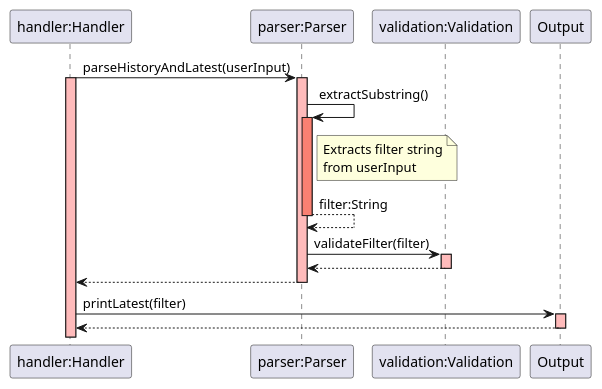
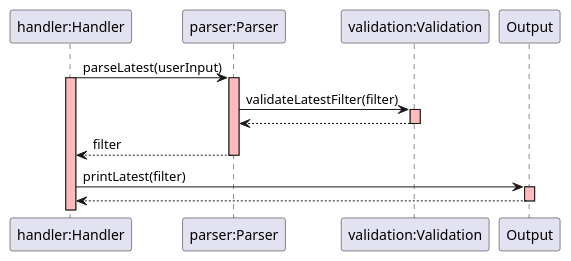
One commit to rouvinerh/tp changed the diagram in docs/puml/sequence_diagrams/latest_sequence.puml. Above: the diagram before and after it, drawn with PlantUML. The commit also changed 8 other files, not shown here.

Commit message:
edit DG diagrams and wording

```diff
--- a/docs/puml/sequence_diagrams/latest_sequence.puml
+++ b/docs/puml/sequence_diagrams/latest_sequence.puml
@@ -1,29 +1,23 @@
 @startuml
 skinparam sequenceReferenceBackgroundColor lightblue
 participant "handler:Handler" as Handler
 participant "parser:Parser" as Parser
 participant "validation:Validation" as Validation
 
 
-Handler -> Parser: parseHistoryAndLatest(userInput)
+Handler -> Parser: parseLatest(userInput)
 activate Handler #FFBBBB
 activate Parser #FFBBBB
 
-    Parser -> Parser: extractSubstring() 
-    note right of Parser: Extracts filter string\nfrom userInput
-    activate Parser #Salmon
-    Parser --> Parser: filter:String
-    deactivate Parser #Salmon
 
-    Parser -> Validation: validateFilter(filter) 
+    Parser -> Validation: validateLatestFilter(filter) 
     activate Validation #FFBBBB
     Validation --> Parser: 
     deactivate Validation #FFBBBB
-
-    Parser --> Handler
+    Parser --> Handler: filter
 deactivate Parser
 Handler -> Output : printLatest(filter)
 activate Output #FFBBBB
 Output --> Handler
 deactivate Output
 @enduml
```
